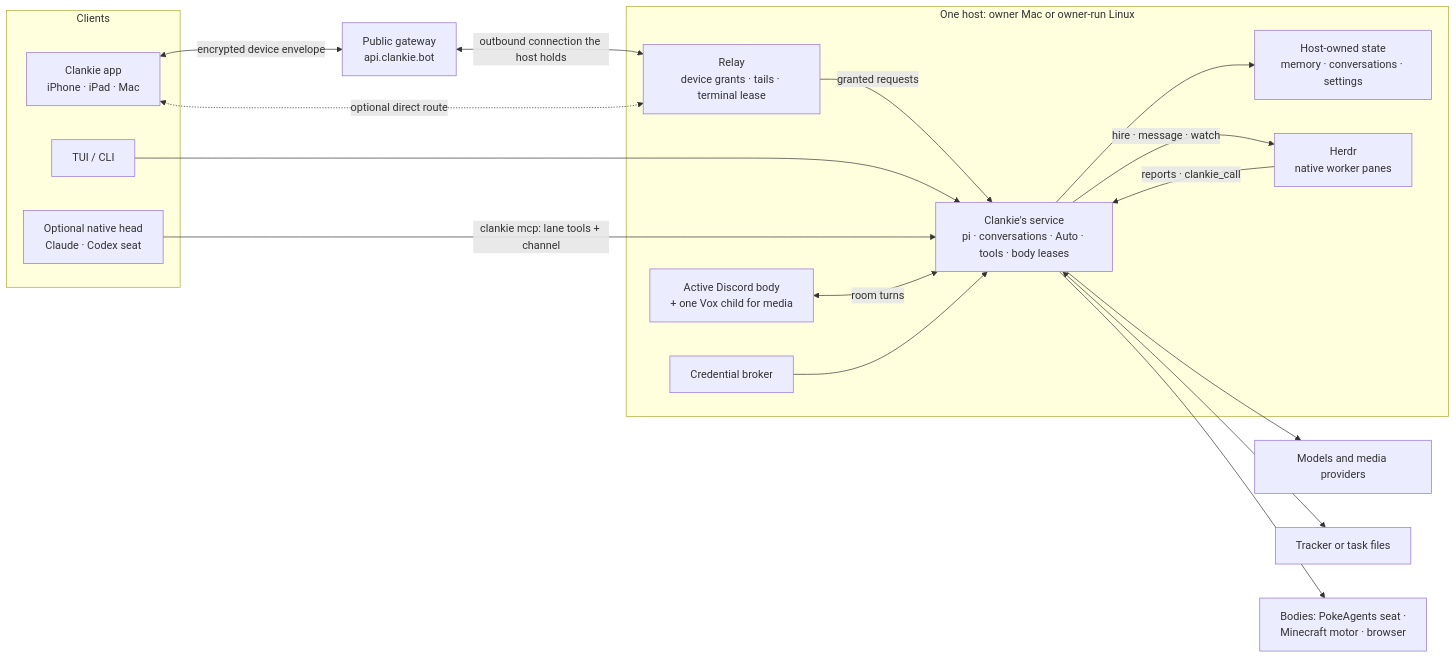
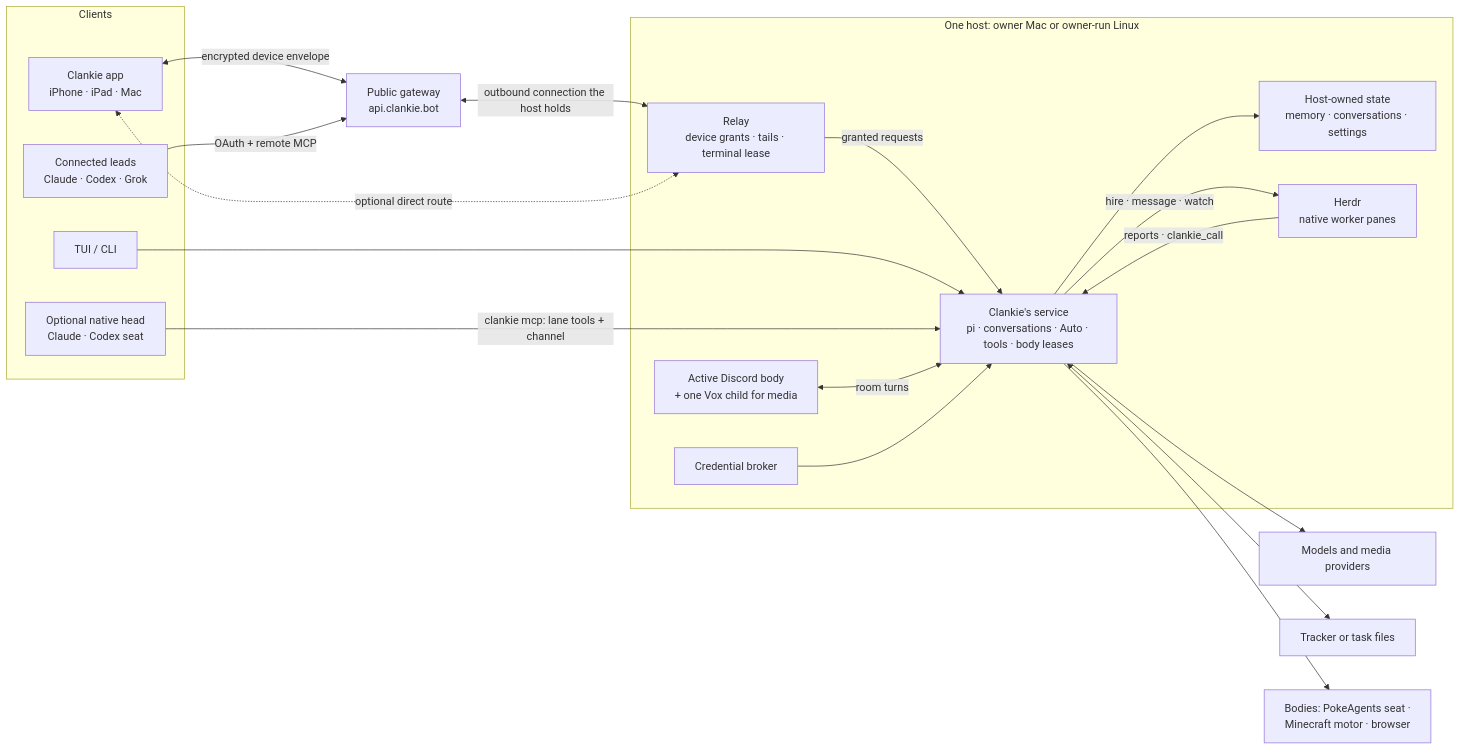
One commit to Volpestyle/clankie changed the first of 3 diagrams in docs/architecture.md. Above: the diagram before and after it, drawn with Mermaid. The commit also changed other lines of this file and 21 other files, not shown here.

````diff
--- a/docs/architecture.md
+++ b/docs/architecture.md
@@ -18,31 +20,33 @@
 ```mermaid
 flowchart LR
   subgraph Clients
     App["Clankie app<br/>iPhone · iPad · Mac"]
     Console["TUI / CLI"]
     Head["Optional native head<br/>Claude · Codex seat"]
+    Apps["Connected leads<br/>Claude · Codex · Grok"]
   end
   Gateway["Public gateway<br/>api.clankie.bot"]
   subgraph Host["One host: owner Mac or owner-run Linux"]
     Relay["Relay<br/>device grants · tails · terminal lease"]
     Service["Clankie's service<br/>pi · conversations · Auto · tools · body leases"]
     State["Host-owned state<br/>memory · conversations · settings"]
     Broker["Credential broker"]
     Herdr["Herdr<br/>native worker panes"]
     Mouth["Active Discord body<br/>+ one Vox child for media"]
   end
   App <-->|"encrypted device envelope"| Gateway
   Gateway <-->|"outbound connection the host holds"| Relay
   App <-.->|"optional direct route"| Relay
+  Apps -->|"OAuth + remote MCP"| Gateway
   Relay -->|"granted requests"| Service
   Console --> Service
   Head -->|"clankie mcp: lane tools + channel"| Service
   Mouth <-->|"room turns"| Service
   Service --> State
   Broker --> Service
   Service -->|"hire · message · watch"| Herdr
   Herdr -->|"reports · clankie_call"| Service
   Service --> Models["Models and media providers"]
   Service <--> Work["Tracker or task files"]
   Service --> Bodies["Bodies: PokeAgents seat ·<br/>Minecraft motor · browser"]
 ```
````
